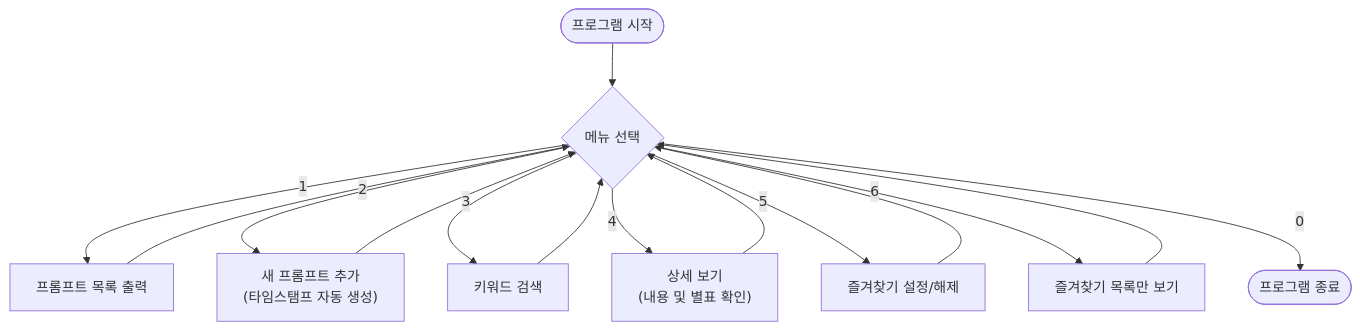
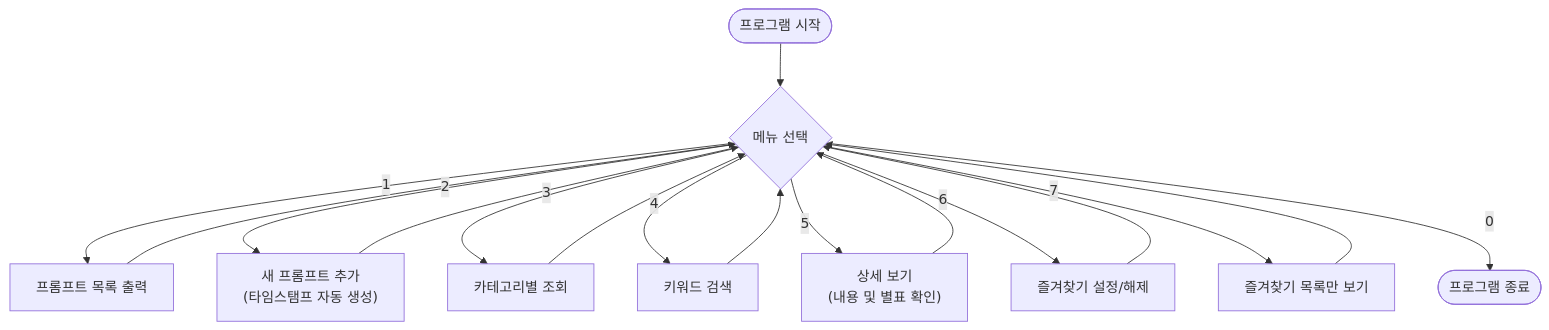
One commit to mustiolla/prompt_manager changed the diagram in README.md. Above: the diagram before and after it, drawn with Mermaid. The commit also changed other lines of this file, not shown here.

````diff
--- a/README.md
+++ b/README.md
@@ -8,19 +52,21 @@
 ```mermaid
 graph TD
   Start([프로그램 시작]) --> MainMenu{메뉴 선택}
 
   MainMenu -- "1" --> ShowList["프롬프트 목록 출력"]
   MainMenu -- "2" --> AddPrompt["새 프롬프트 추가<br/>(타임스탬프 자동 생성)"]
-  MainMenu -- "3" --> SearchPrompt["키워드 검색"]
-  MainMenu -- "4" --> ShowDetail["상세 보기<br/>(내용 및 별표 확인)"]
-  MainMenu -- "5" --> ToggleFav["즐겨찾기 설정/해제"]
-  MainMenu -- "6" --> ShowFavs["즐겨찾기 목록만 보기"]
+  MainMenu -- "3" --> CategoryView["카테고리별 조회"]
+  MainMenu -- "4" --> SearchPrompt["키워드 검색"]
+  MainMenu -- "5" --> ShowDetail["상세 보기<br/>(내용 및 별표 확인)"]
+  MainMenu -- "6" --> ToggleFav["즐겨찾기 설정/해제"]
+  MainMenu -- "7" --> ShowFavs["즐겨찾기 목록만 보기"]
   MainMenu -- "0" --> Exit([프로그램 종료])
 
   ShowList --> MainMenu
   AddPrompt --> MainMenu
+  CategoryView --> MainMenu
   SearchPrompt --> MainMenu
   ShowDetail --> MainMenu
   ToggleFav --> MainMenu
   ShowFavs --> MainMenu
 ```
````
